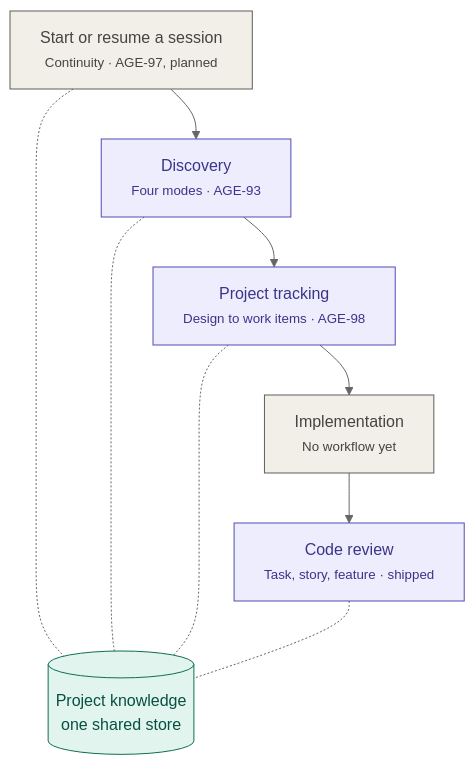
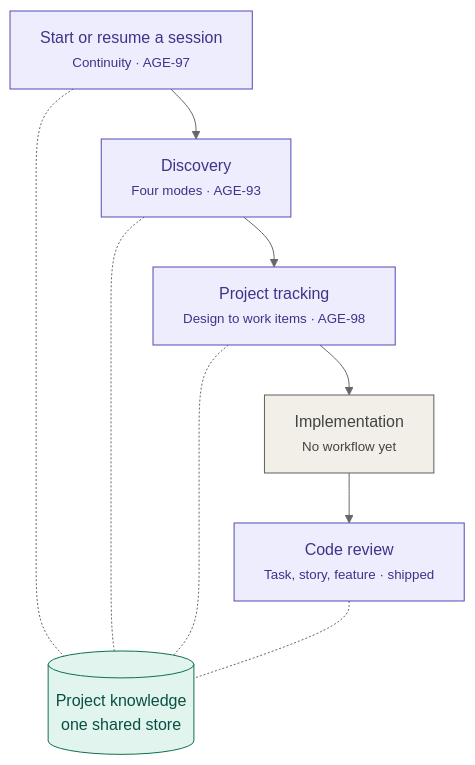
Before and after one commit to Monolith-INC/unified-plugin-framework: the first of 5 diagrams in docs/user-journey.md, drawn with Mermaid (neutral theme). The commit also changed other lines of this file and 30 other files, not shown here.

````diff
--- a/docs/user-journey.md
+++ b/docs/user-journey.md
@@ -23,22 +23,22 @@
 ```mermaid
 flowchart TD
-    C["Start or resume a session<br/><small>Continuity · AGE-97, planned</small>"]
+    C["Start or resume a session<br/><small>Continuity · AGE-97</small>"]
     D["Discovery<br/><small>Four modes · AGE-93</small>"]
     T["Project tracking<br/><small>Design to work items · AGE-98</small>"]
     I["Implementation<br/><small>No workflow yet</small>"]
     R["Code review<br/><small>Task, story, feature · shipped</small>"]
     K[("Project knowledge<br/>one shared store")]
 
     C --> D --> T --> I --> R
     C -.- K
     D -.- K
     T -.- K
     R -.- K
 
     classDef built fill:#EEEDFE,stroke:#534AB7,color:#3C3489
     classDef planned fill:#F1EFE8,stroke:#5F5E5A,color:#444441
     classDef store fill:#E1F5EE,stroke:#0F6E56,color:#085041
-    class D,T,R built
-    class C,I planned
+    class C,D,T,R built
+    class I planned
     class K store
 ```
````
